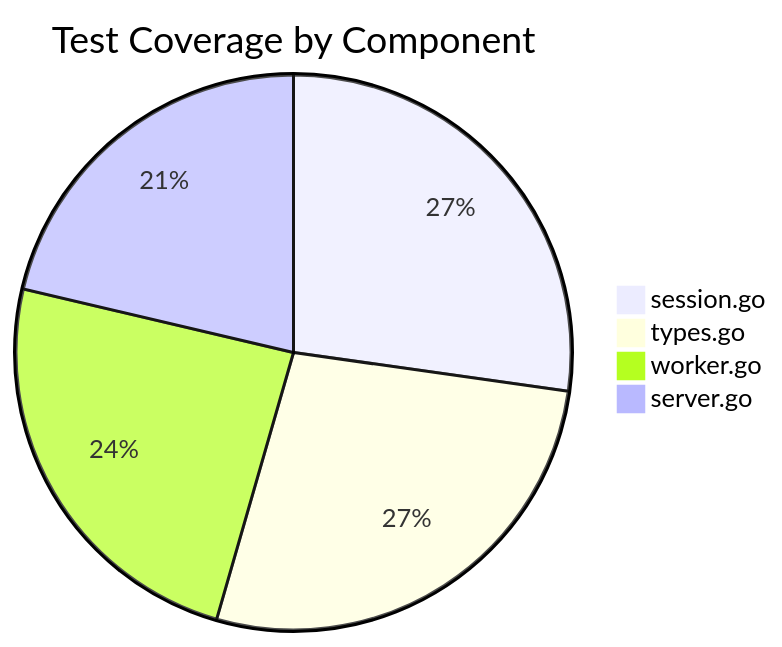
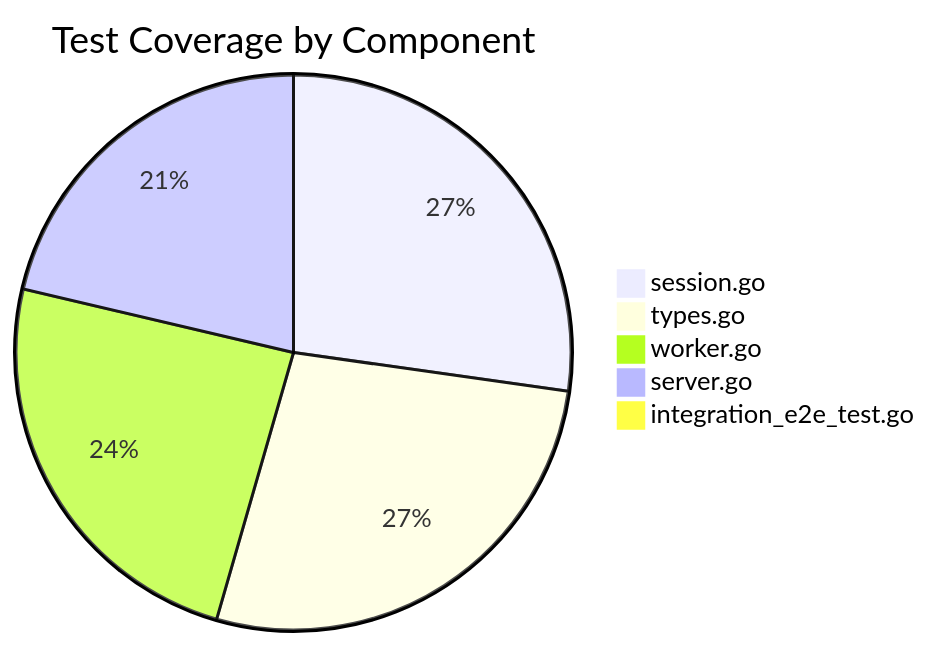
One commit to AltairaLabs/CodeGen-MCP changed the diagram in docs/coordinator/testing.md. Above: the diagram before and after it, drawn with Mermaid. The commit also changed other lines of this file and 7 other files, not shown here.

````diff
--- a/docs/coordinator/testing.md
+++ b/docs/coordinator/testing.md
@@ -14,7 +16,8 @@
 ```mermaid
 pie title Test Coverage by Component
     "session.go" : 100
     "types.go" : 100
     "worker.go" : 88.9
     "server.go" : 78.3
+    "integration_e2e_test.go" : 0
 ```
````
